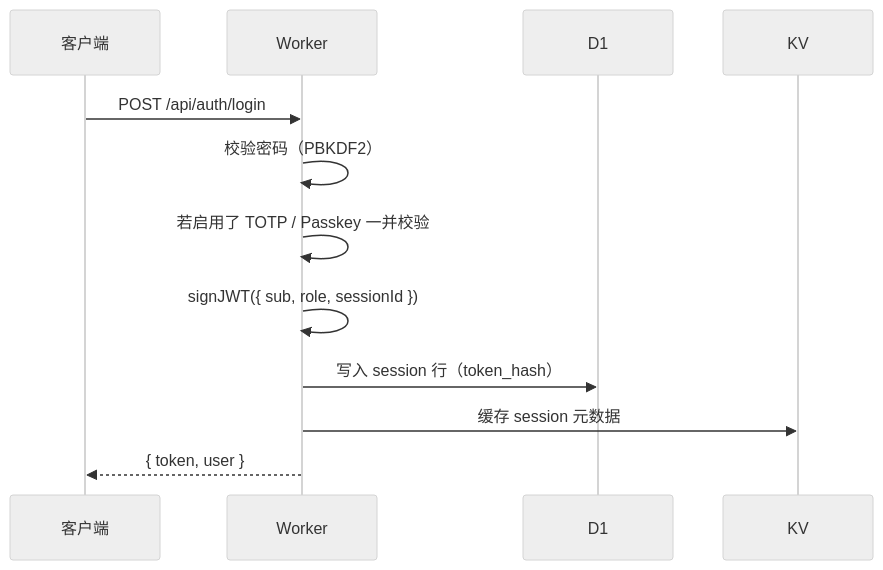
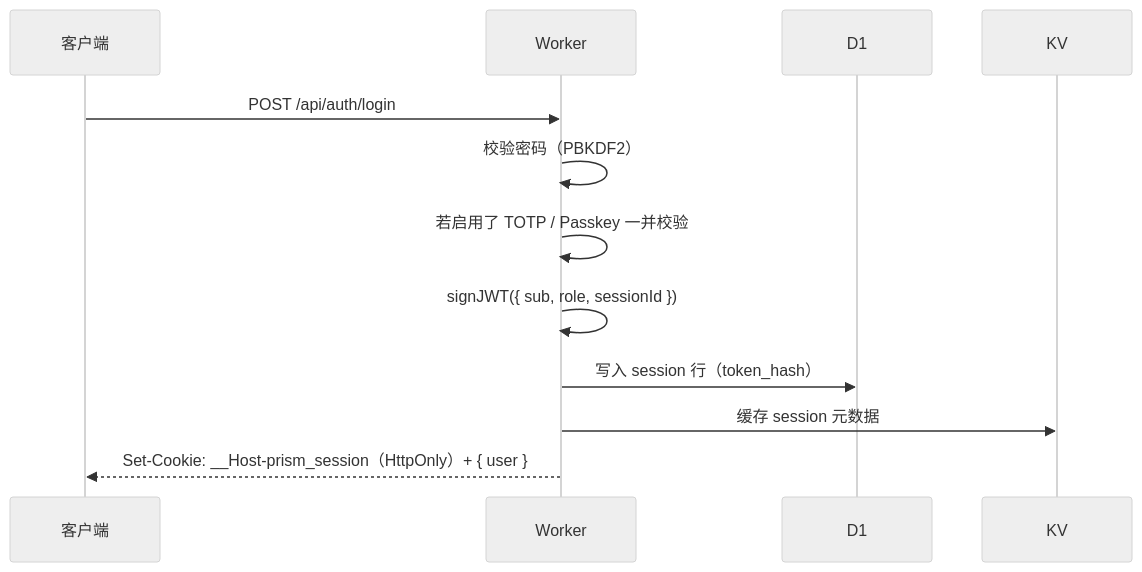
Before and after one commit to siiway/prism: the third of 4 diagrams in docs/zh/architecture.md, drawn with Mermaid (neutral theme). The commit also changed other lines of this file and 41 other files, not shown here.

````diff
--- a/docs/zh/architecture.md
+++ b/docs/zh/architecture.md
@@ -253,15 +253,15 @@
 ```mermaid
 sequenceDiagram
   participant Client as 客户端
   participant Worker
   participant D1
   participant KV
 
   Client->>Worker: POST /api/auth/login
   Worker->>Worker: 校验密码（PBKDF2）
   Worker->>Worker: 若启用了 TOTP / Passkey 一并校验
   Worker->>Worker: signJWT({ sub, role, sessionId })
   Worker->>D1: 写入 session 行（token_hash）
   Worker->>KV: 缓存 session 元数据
-  Worker-->>Client: { token, user }
+  Worker-->>Client: Set-Cookie: __Host-prism_session（HttpOnly）+ { user }
 ```
````
